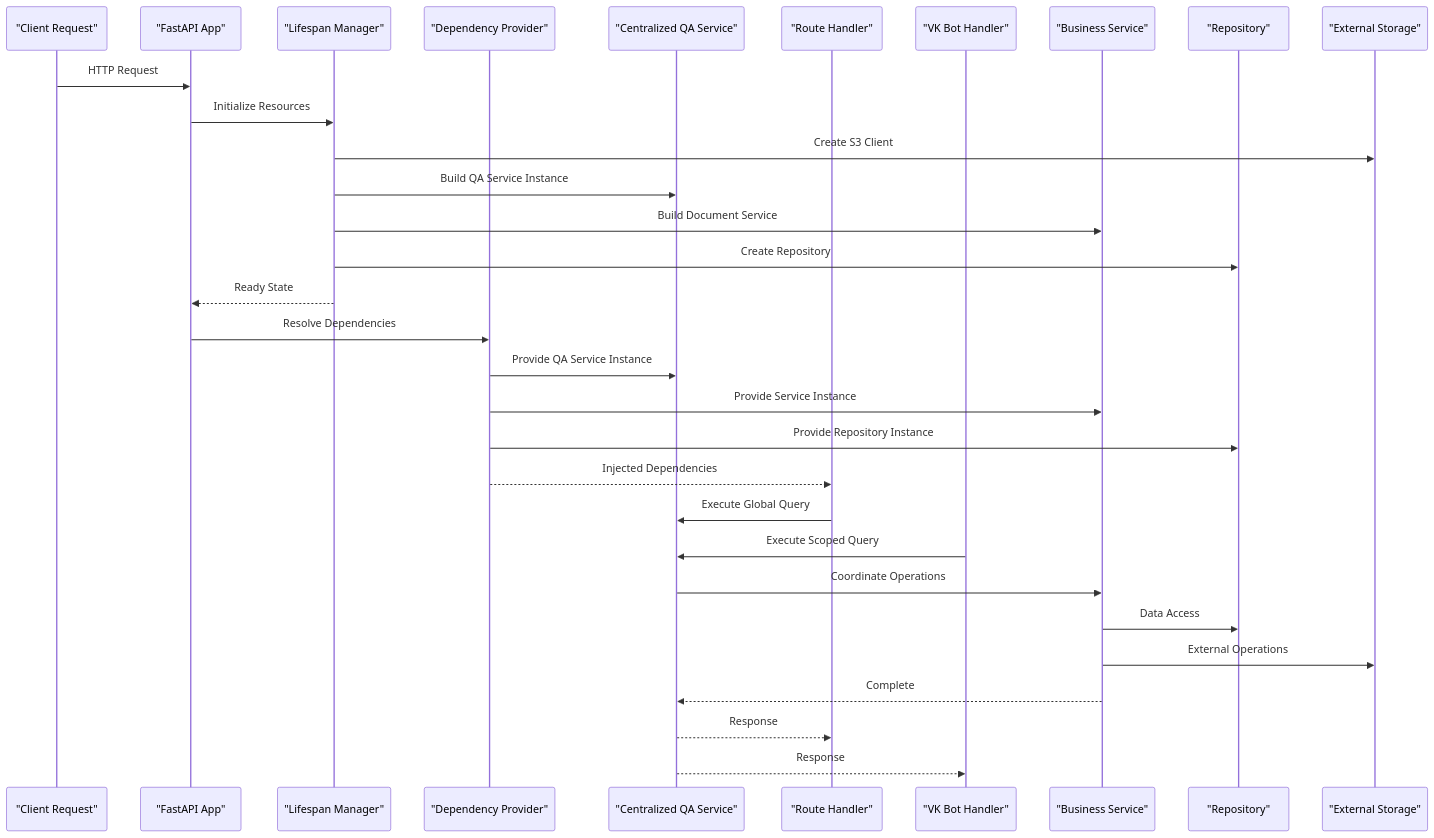
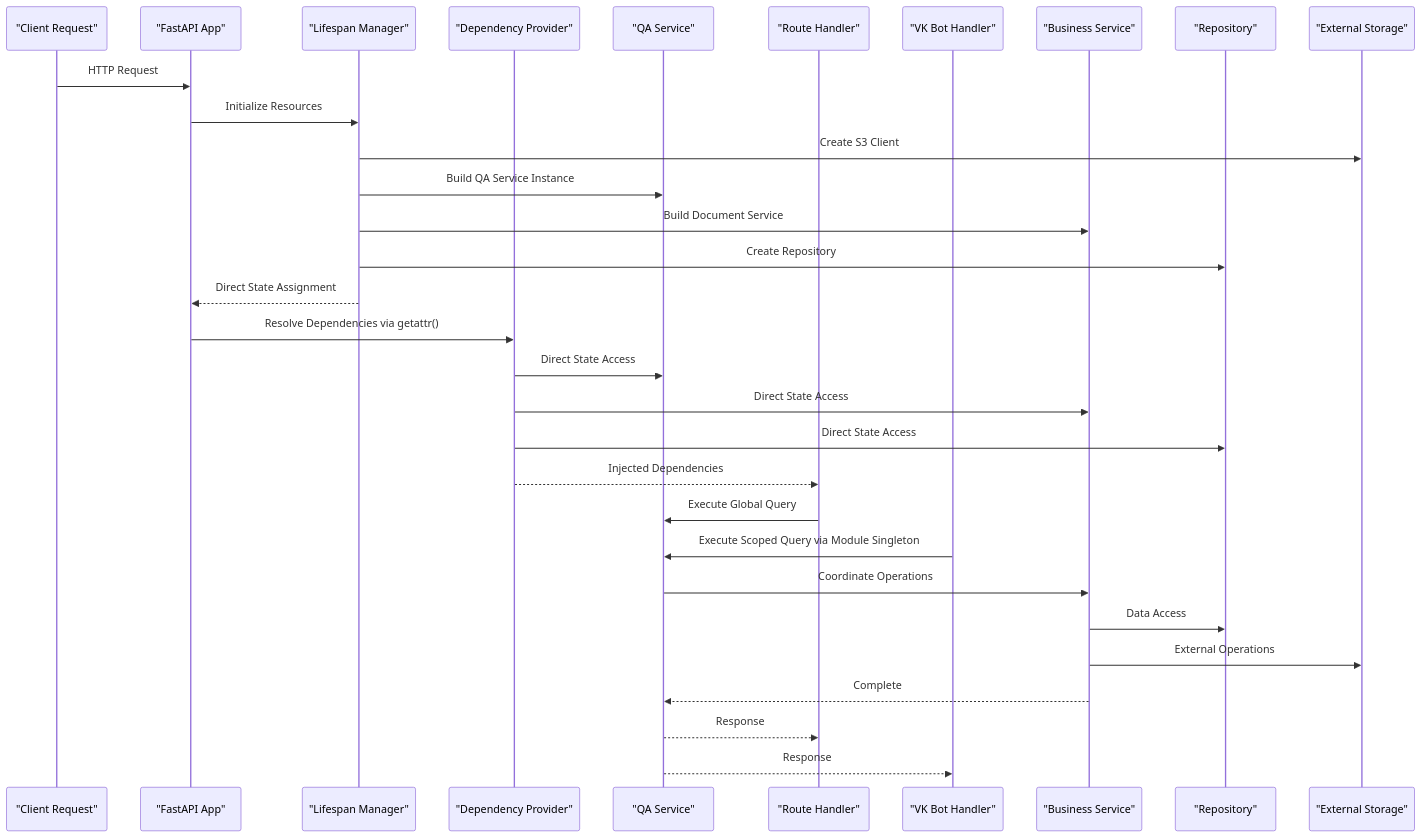
The second of 8 diagrams in .qoder/repowiki/en/content/API Reference/Dependency Injection System.md (ognelis/cafetera_hr_bot), drawn with Mermaid before and after one commit. The commit also changed other lines of this file and 20 other files, not shown here.

````diff
--- a/.qoder/repowiki/en/content/API Reference/Dependency Injection System.md
+++ b/.qoder/repowiki/en/content/API Reference/Dependency Injection System.md
@@ -148,33 +148,33 @@
 ```mermaid
 sequenceDiagram
 participant Client as "Client Request"
 participant App as "FastAPI App"
 participant Lifespan as "Lifespan Manager"
 participant Deps as "Dependency Provider"
-participant QAService as "Centralized QA Service"
+participant QAService as "QA Service"
 participant Handler as "Route Handler"
 participant VKHandler as "VK Bot Handler"
 participant Service as "Business Service"
 participant Repo as "Repository"
 participant Storage as "External Storage"
 Client->>App : HTTP Request
 App->>Lifespan : Initialize Resources
 Lifespan->>Storage : Create S3 Client
 Lifespan->>QAService : Build QA Service Instance
 Lifespan->>Service : Build Document Service
 Lifespan->>Repo : Create Repository
-Lifespan-->>App : Ready State
-App->>Deps : Resolve Dependencies
-Deps->>QAService : Provide QA Service Instance
-Deps->>Service : Provide Service Instance
-Deps->>Repo : Provide Repository Instance
+Lifespan-->>App : Direct State Assignment
+App->>Deps : Resolve Dependencies via getattr()
+Deps->>QAService : Direct State Access
+Deps->>Service : Direct State Access
+Deps->>Repo : Direct State Access
 Deps-->>Handler : Injected Dependencies
 Handler->>QAService : Execute Global Query
-VKHandler->>QAService : Execute Scoped Query
+VKHandler->>QAService : Execute Scoped Query via Module Singleton
 QAService->>Service : Coordinate Operations
 Service->>Repo : Data Access
 Service->>Storage : External Operations
 Service-->>QAService : Complete
 QAService-->>Handler : Response
 QAService-->>VKHandler : Response
 ```
````
